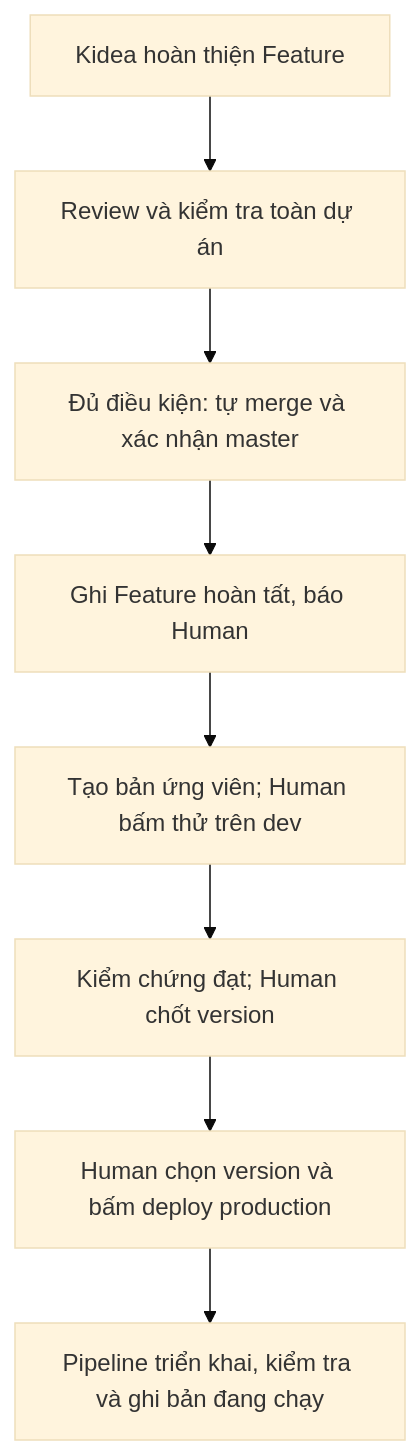
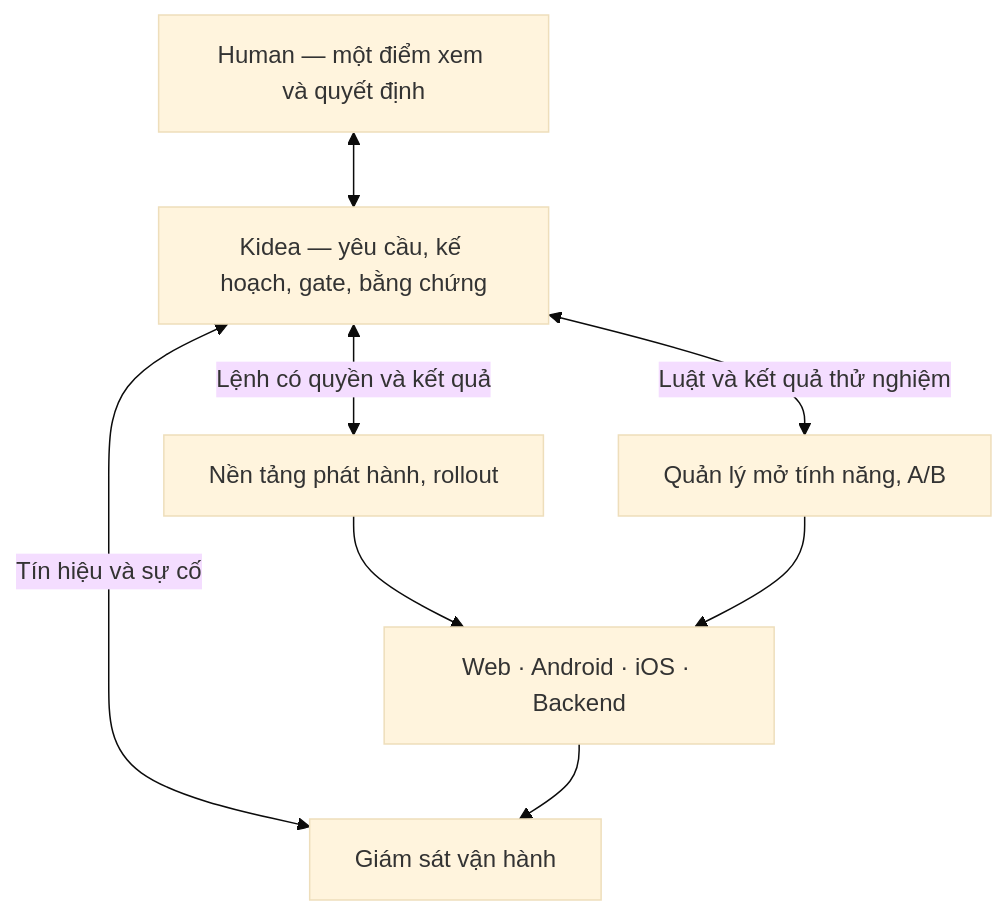
One commit to Kynderis/kidea changed the diagram in answer.md. Above: the diagram before and after it, drawn with Mermaid (base theme). The commit also changed other lines of this file and 3 other files, not shown here.

````diff
--- a/answer.md
+++ b/answer.md
@@ -7,10 +31,10 @@
 ```mermaid
 flowchart TD
-    A["Kidea hoàn thiện Feature"] --> B["Review và kiểm tra toàn dự án"]
-    B --> C["Đủ điều kiện: tự merge và xác nhận master"]
-    C --> D["Ghi Feature hoàn tất, báo Human"]
-    D --> E["Tạo bản ứng viên; Human bấm thử trên dev"]
-    E --> F["Kiểm chứng đạt; Human chốt version"]
-    F --> G["Human chọn version và bấm deploy production"]
-    G --> H["Pipeline triển khai, kiểm tra và ghi bản đang chạy"]
+    H["Human — một điểm xem và quyết định"] <--> K["Kidea — yêu cầu, kế hoạch, gate, bằng chứng"]
+    K <-->|"Lệnh có quyền và kết quả"| D["Nền tảng phát hành, rollout"]
+    K <-->|"Luật và kết quả thử nghiệm"| F["Quản lý mở tính năng, A/B"]
+    K <-->|"Tín hiệu và sự cố"| O["Giám sát vận hành"]
+    D --> P["Web · Android · iOS · Backend"]
+    F --> P
+    P --> O
 ```
````
